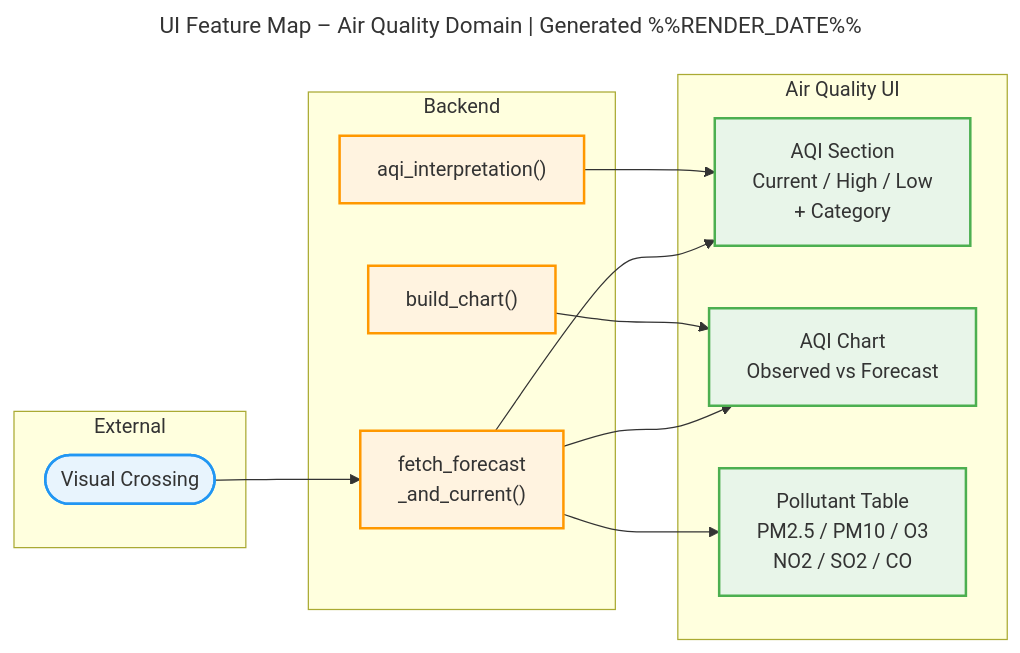
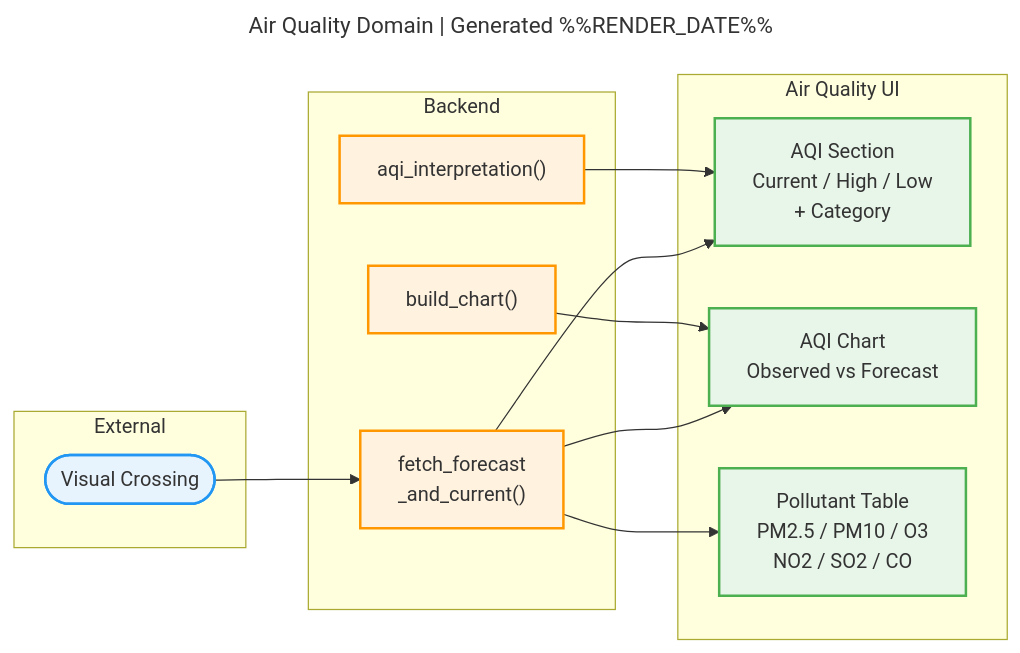
The fifth of 7 diagrams in docs/c4/c4-ui-feature-map.md (RobinWikoff/the-farm-monitor), drawn with Mermaid before and after one commit. The commit also changed other lines of this file and 30 other files, not shown here.

First line of the commit message:
Add diagram standards: DM Sans font, two-line header, A4 sizing

````diff
--- a/docs/c4/c4-ui-feature-map.md
+++ b/docs/c4/c4-ui-feature-map.md
@@ -203,36 +203,36 @@
 ```mermaid
 ---
-title: UI Feature Map – Air Quality Domain | Generated %%RENDER_DATE%%
+title: "Air Quality Domain | Generated %%RENDER_DATE%%"
 ---
 flowchart LR
     subgraph EXT["External"]
         vc_api(["Visual Crossing"])
     end
 
     subgraph BE["Backend"]
         vc_fetch["fetch_forecast\n_and_current()"]
         aqi_interp["aqi_interpretation()"]
         viz["build_chart()"]
     end
 
     subgraph UI["Air Quality UI"]
         aqi_section["AQI Section\nCurrent / High / Low\n+ Category"]
         aqi_chart["AQI Chart\nObserved vs Forecast"]
         pollutant_table["Pollutant Table\nPM2.5 / PM10 / O3\nNO2 / SO2 / CO"]
     end
 
     vc_api --> vc_fetch
     vc_fetch --> aqi_section
     aqi_interp --> aqi_section
     vc_fetch --> aqi_chart
     viz --> aqi_chart
     vc_fetch --> pollutant_table
 
     classDef external fill:#e8f4fd,stroke:#2196F3,stroke-width:2px
     classDef backend fill:#fff3e0,stroke:#FF9800,stroke-width:2px
     classDef ui fill:#e8f5e9,stroke:#4CAF50,stroke-width:2px
 
     class vc_api external
     class vc_fetch,aqi_interp,viz backend
     class aqi_section,aqi_chart,pollutant_table ui
 ```
````
